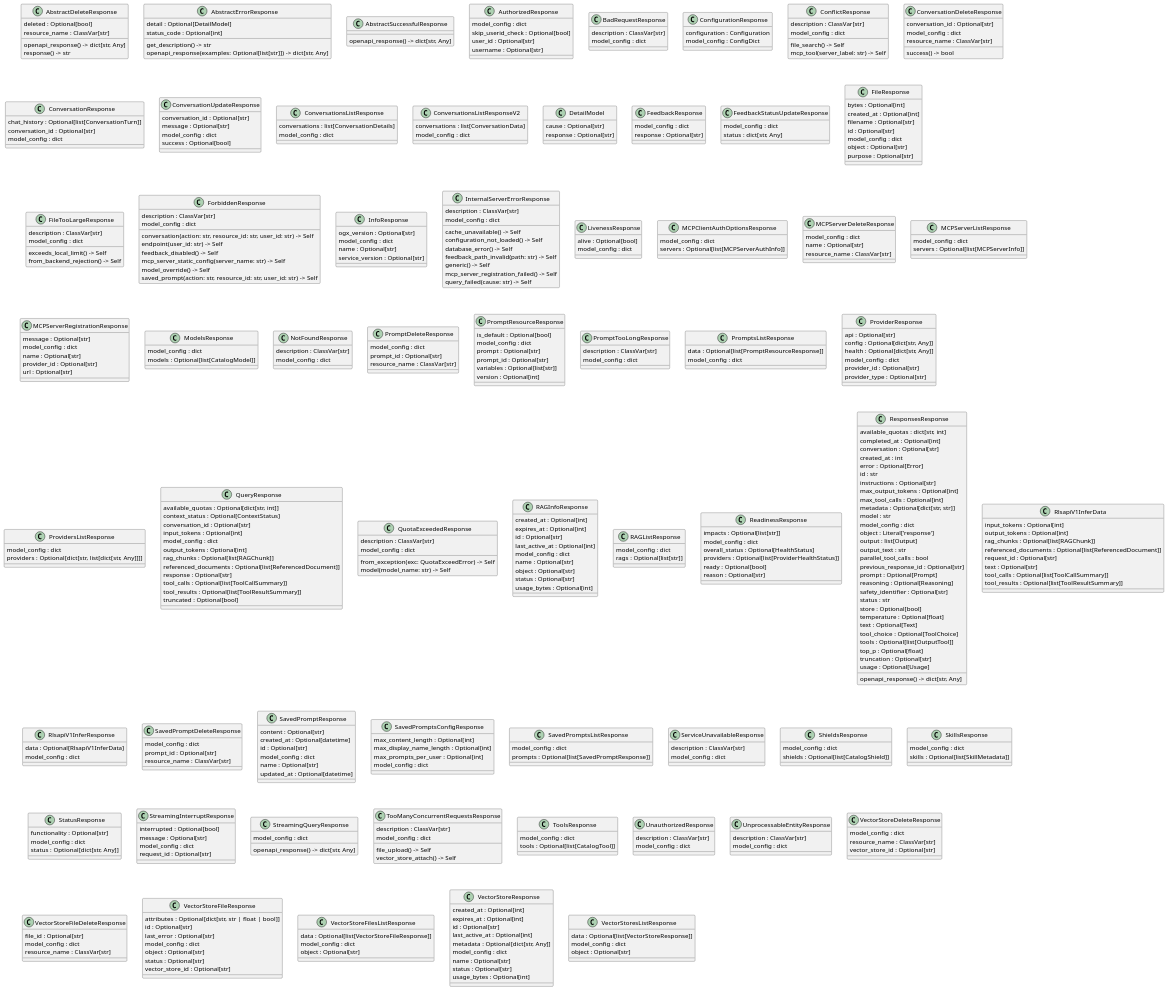
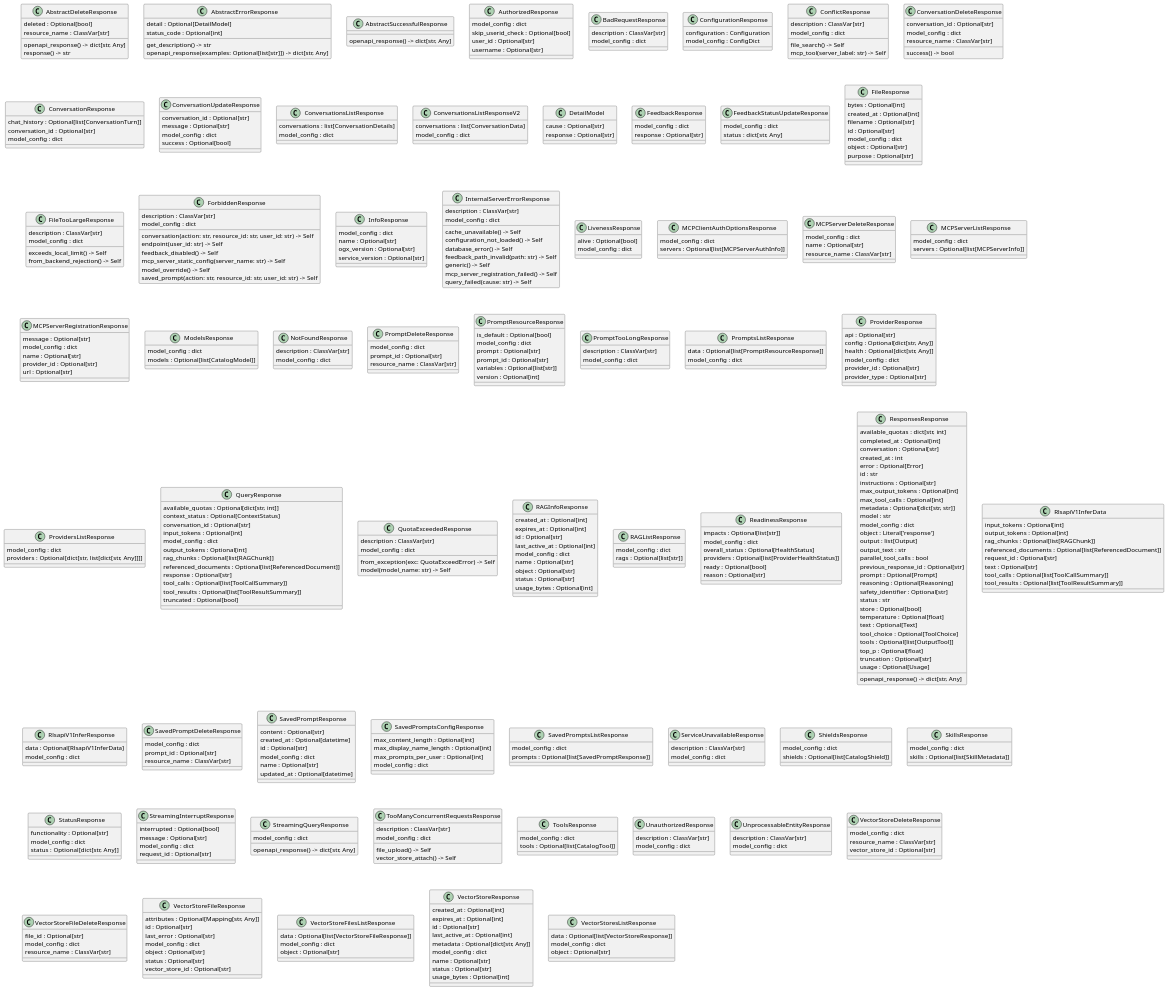
One commit to lightspeed-core/lightspeed-stack changed the diagram in docs/models/responses.puml. Above: the diagram before and after it, drawn with PlantUML. The commit also changed 16 other files, not shown here.

```diff
--- a/docs/models/responses.puml
+++ b/docs/models/responses.puml
@@ -98,9 +98,9 @@
   saved_prompt(action: str, resource_id: str, user_id: str) -> Self
 }
 class "InfoResponse" as src.models.api.responses.successful.probes.InfoResponse {
-  ogx_version : Optional[str]
   model_config : dict
   name : Optional[str]
+  ogx_version : Optional[str]
   service_version : Optional[str]
 }
 class "InternalServerErrorResponse" as src.models.api.responses.error.internal.InternalServerErrorResponse {
@@ -347,7 +347,7 @@
   resource_name : ClassVar[str]
 }
 class "VectorStoreFileResponse" as src.models.api.responses.successful.vector_stores.VectorStoreFileResponse {
-  attributes : Optional[dict[str, str | float | bool]]
+  attributes : Optional[Mapping[str, Any]]
   id : Optional[str]
   last_error : Optional[str]
   model_config : dict
```
